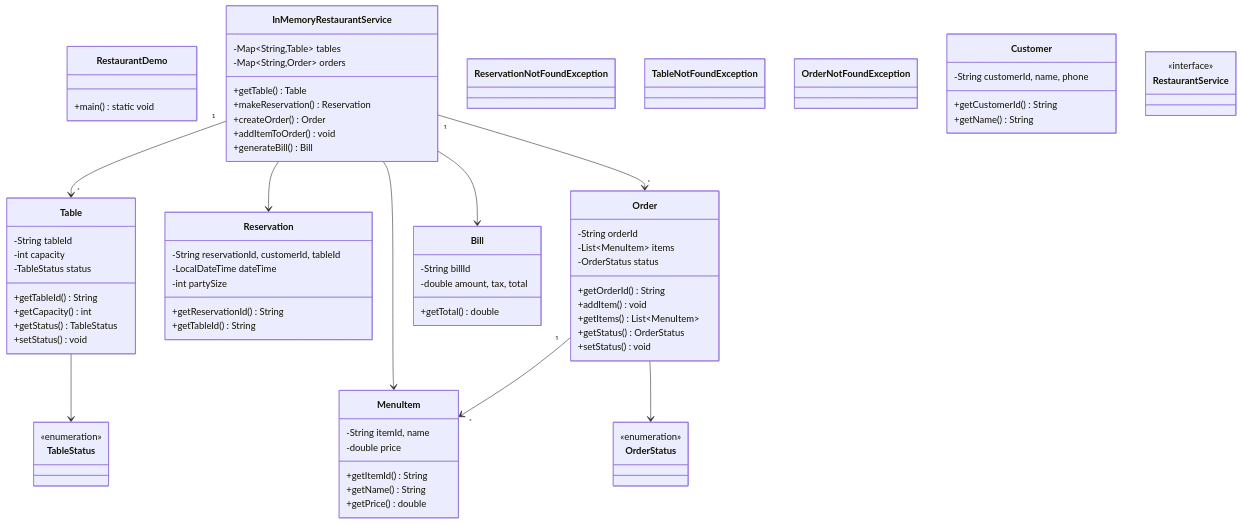
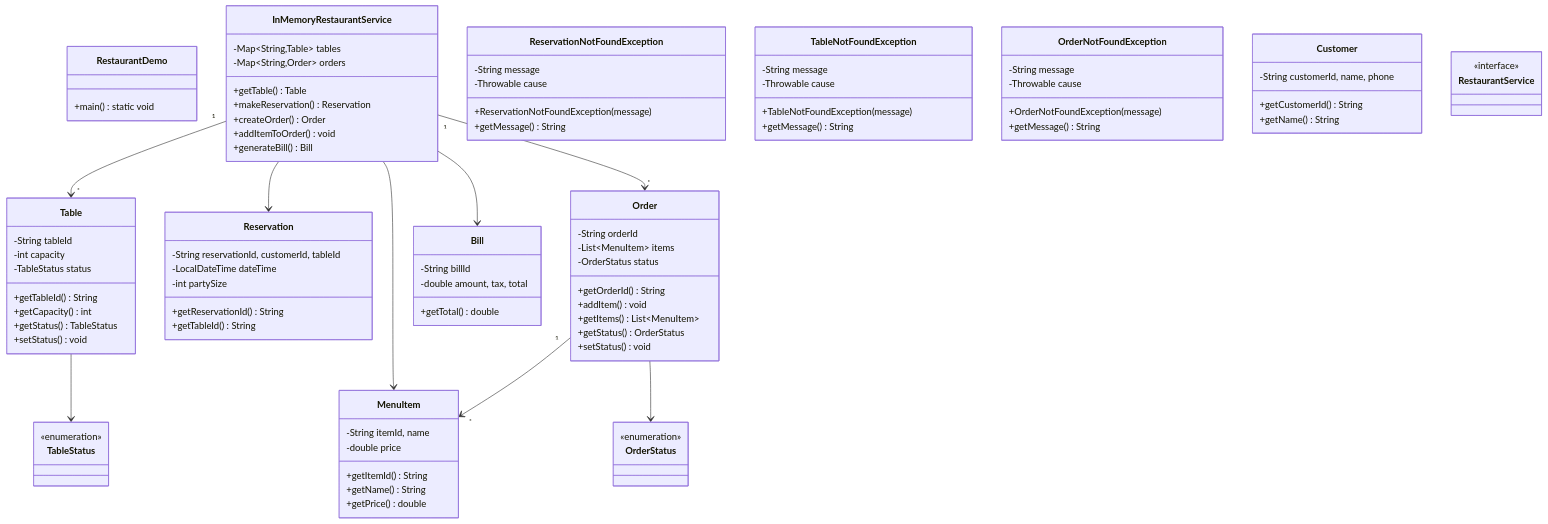
Before and after one commit to dlkr18/lld-playbook: the diagram in docs/problems/restaurant/README.md, drawn with Mermaid. The commit also changed 64 other files, not shown here.

```diff
--- a/docs/problems/restaurant/README.md
+++ b/docs/problems/restaurant/README.md
@@ -88,12 +88,24 @@
     }
 
     class ReservationNotFoundException {
+        -String message
+        -Throwable cause
+        +ReservationNotFoundException(message)
+        +getMessage() String
     }
 
     class TableNotFoundException {
+        -String message
+        -Throwable cause
+        +TableNotFoundException(message)
+        +getMessage() String
     }
 
     class OrderNotFoundException {
+        -String message
+        -Throwable cause
+        +OrderNotFoundException(message)
+        +getMessage() String
     }
 
     class Order {
```
